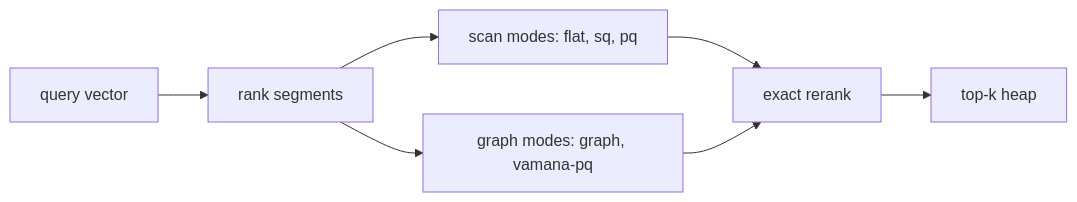
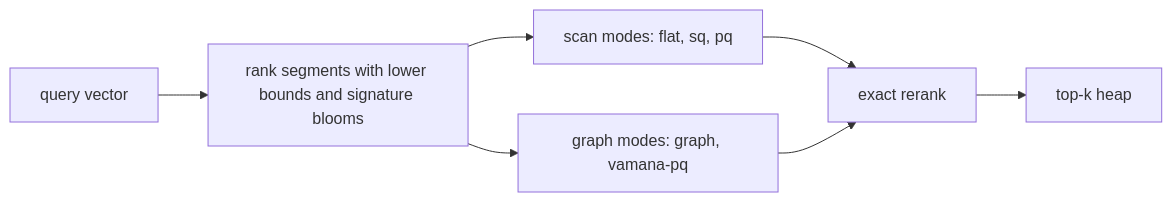
The second of 2 diagrams in docs/architecture.md (CausalityHQ/borsuk), drawn with Mermaid before and after one commit. The commit also changed other lines of this file and 15 other files, not shown here.

````diff
--- a/docs/architecture.md
+++ b/docs/architecture.md
@@ -137,9 +142,9 @@
 ```mermaid
 flowchart LR
-  query["query vector"] --> route["rank segments"]
+  query["query vector"] --> route["rank segments with lower bounds and signature blooms"]
   route --> scan["scan modes: flat, sq, pq"]
   route --> graphModes["graph modes: graph, vamana-pq"]
   scan --> exact["exact rerank"]
   graphModes --> exact
   exact --> topk["top-k heap"]
 ```
````
